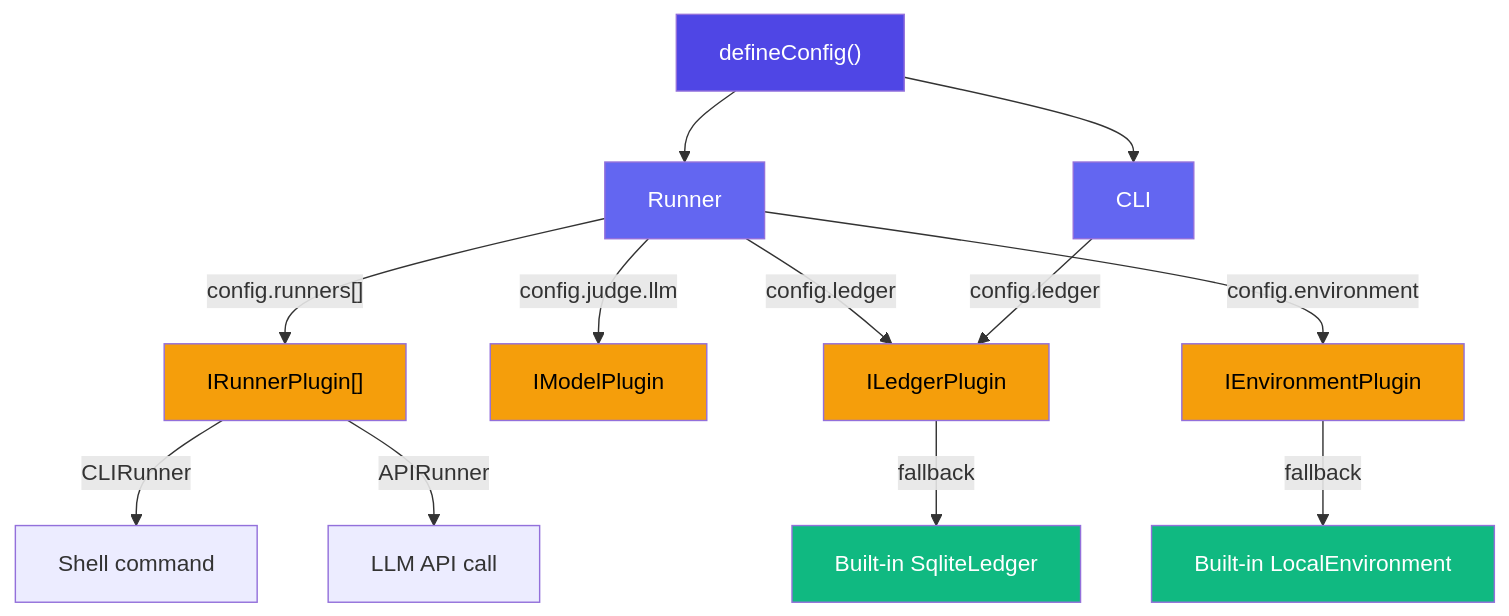
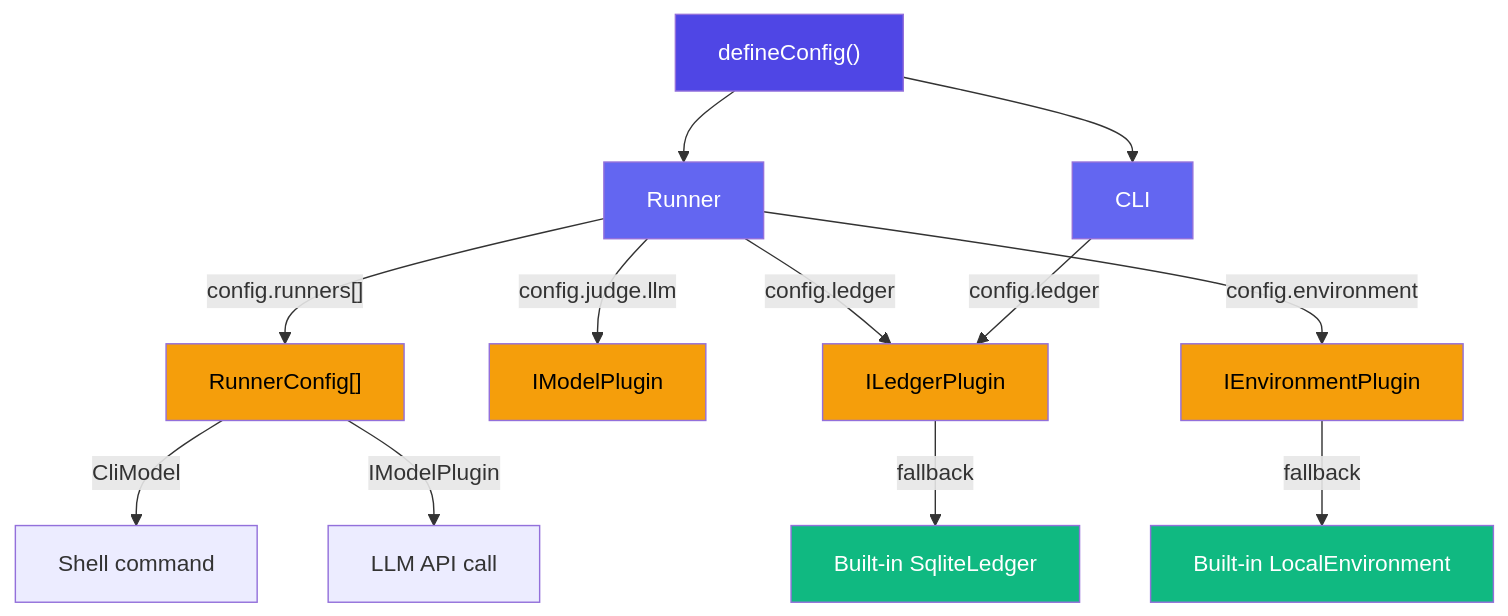
One commit to Tlahey/agent-eval changed the second of 2 diagrams in apps/docs/guide/plugins.md. Above: the diagram before and after it, drawn with Mermaid. The commit also changed other lines of this file and 35 other files, not shown here.

First line of the commit message:
refactor(runner): replace class-based runners with plain config objects

````diff
--- a/apps/docs/guide/plugins.md
+++ b/apps/docs/guide/plugins.md
@@ -169,26 +160,26 @@
 ```mermaid
 flowchart TB
     CONFIG["defineConfig()"] --> RUNNER["Runner"]
     CONFIG --> CLI["CLI"]
 
-    RUNNER -->|"config.runners[]"| RP["IRunnerPlugin[]"]
+    RUNNER -->|"config.runners[]"| RC["RunnerConfig[]"]
     RUNNER -->|"config.judge.llm"| MP["IModelPlugin"]
     RUNNER -->|"config.ledger"| LEDGER["ILedgerPlugin"]
     RUNNER -->|"config.environment"| ENV["IEnvironmentPlugin"]
     CLI -->|"config.ledger"| LEDGER
 
-    RP -->|"CLIRunner"| CLIR["Shell command"]
-    RP -->|"APIRunner"| APIR["LLM API call"]
+    RC -->|"CliModel"| CLIR["Shell command"]
+    RC -->|"IModelPlugin"| APIR["LLM API call"]
     LEDGER -->|"fallback"| SQLITE["Built-in SqliteLedger"]
     ENV -->|"fallback"| LOCAL["Built-in LocalEnvironment"]
 
     style CONFIG fill:#4f46e5,color:#fff
     style RUNNER fill:#6366f1,color:#fff
     style CLI fill:#6366f1,color:#fff
-    style RP fill:#f59e0b,color:#000
+    style RC fill:#f59e0b,color:#000
     style MP fill:#f59e0b,color:#000
     style LEDGER fill:#f59e0b,color:#000
     style ENV fill:#f59e0b,color:#000
     style SQLITE fill:#10b981,color:#fff
     style LOCAL fill:#10b981,color:#fff
 ```
````
